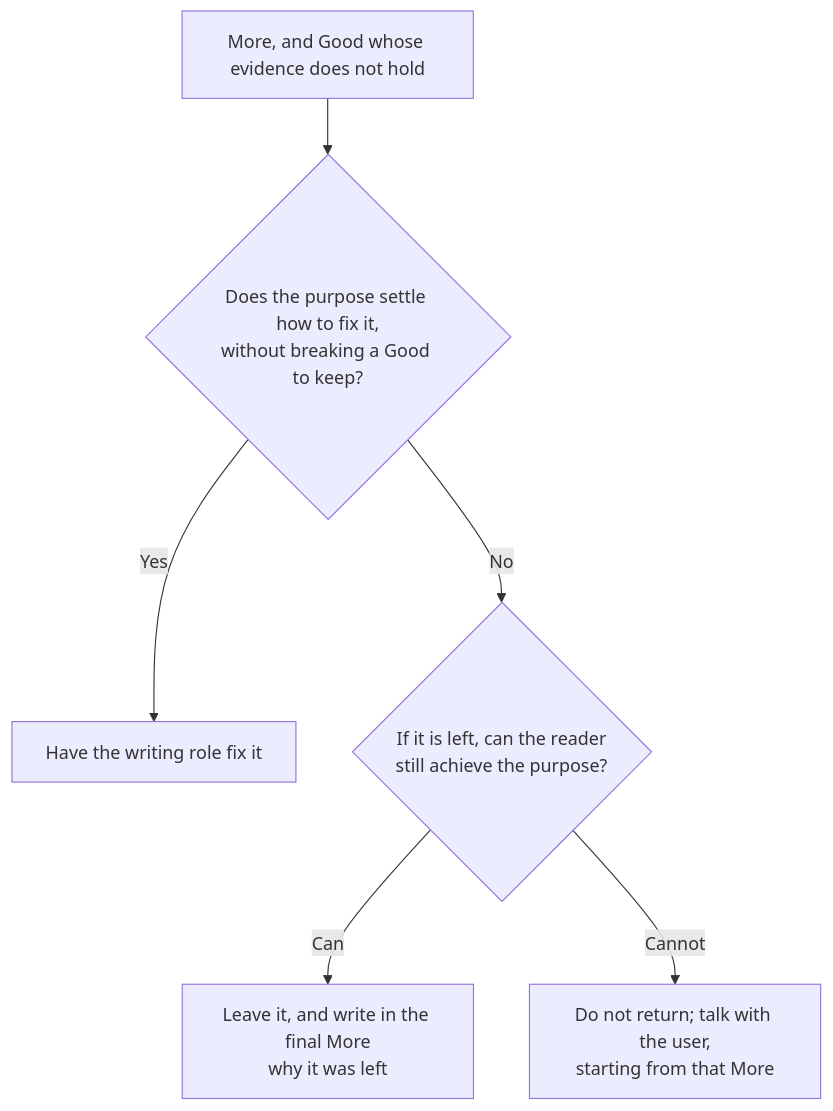
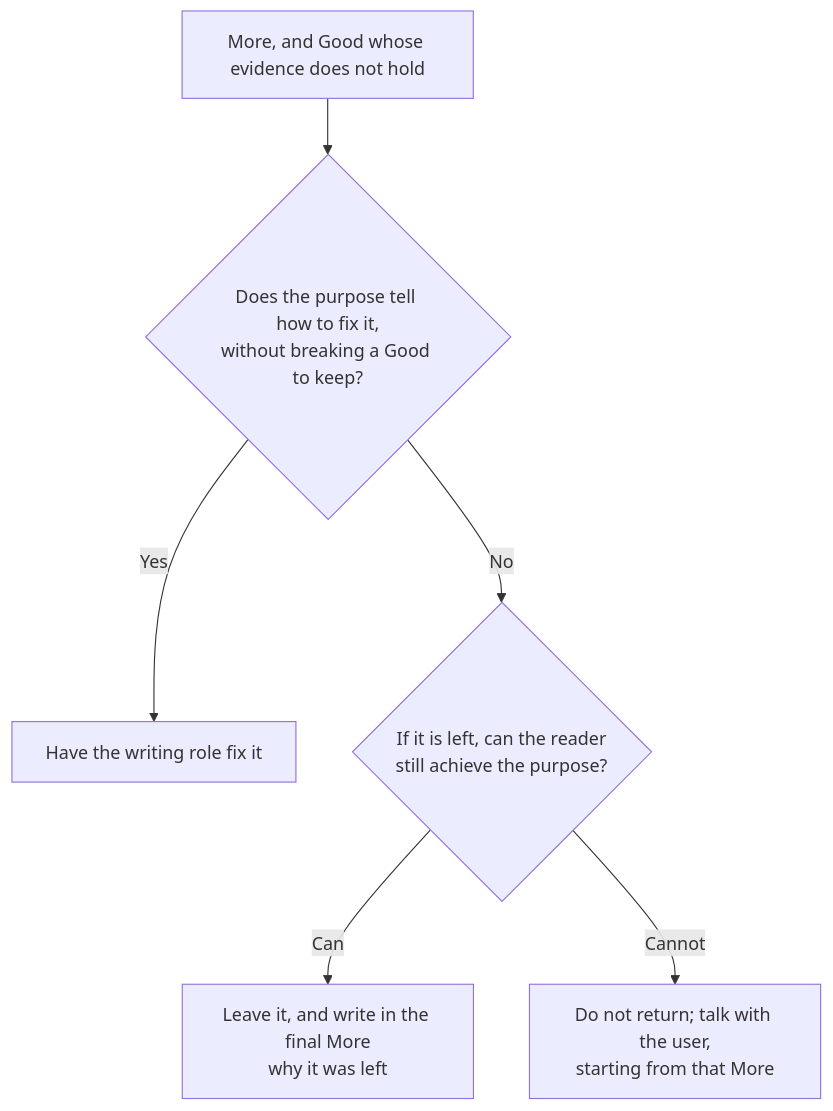
The third of 4 diagrams in writ/docs/design.md (lovaizu/ccpm), drawn with Mermaid before and after one commit. The commit also changed other lines of this file and 5 other files, not shown here.

````diff
--- a/writ/docs/design.md
+++ b/writ/docs/design.md
@@ -135,14 +135,14 @@
 ```mermaid
 flowchart TD
   M[More, and Good whose evidence does not hold]
-  Q1{"Does the purpose settle how to fix it,<br/>without breaking a Good to keep?"}
+  Q1{"Does the purpose tell how to fix it,<br/>without breaking a Good to keep?"}
   X[Have the writing role fix it]
   Q2{"If it is left, can the reader<br/>still achieve the purpose?"}
   L["Leave it, and write in the final More<br/>why it was left"]
   B["Do not return; talk with the user,<br/>starting from that More"]
   M --> Q1
   Q1 -->|Yes| X
   Q1 -->|No| Q2
   Q2 -->|Can| L
   Q2 -->|Cannot| B
 ```
````
